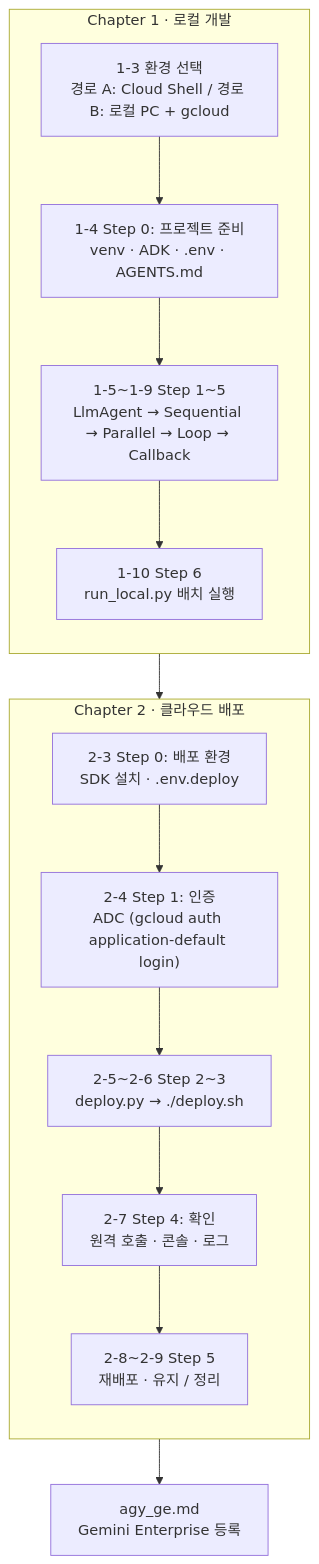
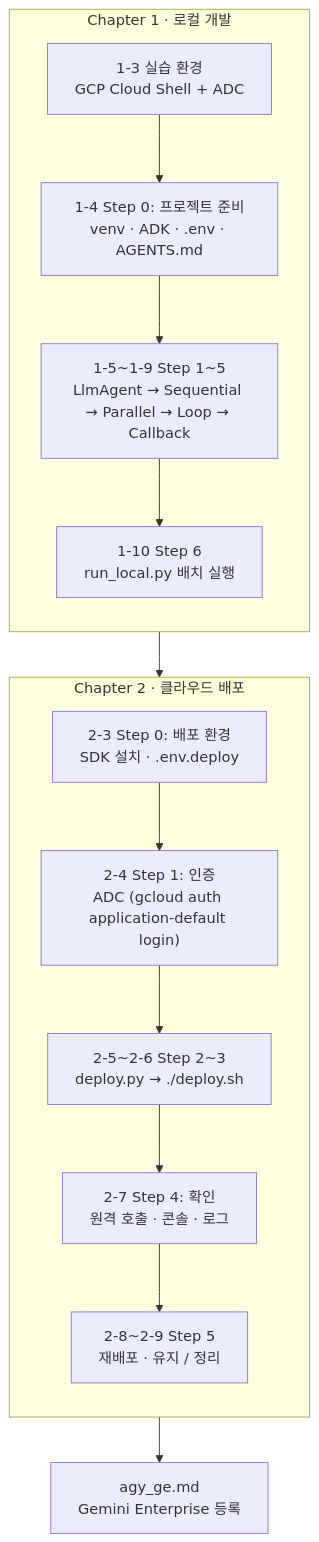
The ninth of 9 diagrams in agy_lab/agy_advance/build_agent.md (shins777/antigravity_lab), drawn with Mermaid before and after one commit. The commit also changed other lines of this file and 3 other files, not shown here.

Commit message:
docs(lab): standardize hands-on guides for Cloud Shell environment

````diff
--- a/agy_lab/agy_advance/build_agent.md
+++ b/agy_lab/agy_advance/build_agent.md
@@ -3432,24 +2770,24 @@
 ```mermaid
 flowchart TD
     subgraph CH1["Chapter 1 · 로컬 개발"]
       direction TB
-      E1["1-3 환경 선택<br/>경로 A: Cloud Shell / 경로 B: 로컬 PC + gcloud"]
+      E1["1-3 실습 환경<br/>GCP Cloud Shell + ADC"]
       E2["1-4 Step 0: 프로젝트 준비<br/>venv · ADK · .env · AGENTS.md"]
       E3["1-5~1-9 Step 1~5<br/>LlmAgent → Sequential → Parallel → Loop → Callback"]
       E4["1-10 Step 6<br/>run_local.py 배치 실행"]
       E1 --> E2 --> E3 --> E4
     end
 
     subgraph CH2["Chapter 2 · 클라우드 배포"]
       direction TB
       D1["2-3 Step 0: 배포 환경<br/>SDK 설치 · .env.deploy"]
       D2["2-4 Step 1: 인증<br/>ADC (gcloud auth application-default login)"]
       D3["2-5~2-6 Step 2~3<br/>deploy.py → ./deploy.sh"]
       D4["2-7 Step 4: 확인<br/>원격 호출 · 콘솔 · 로그"]
       D5["2-8~2-9 Step 5<br/>재배포 · 유지 / 정리"]
       D1 --> D2 --> D3 --> D4 --> D5
     end
 
     E4 --> D1
     D5 --> GE["agy_ge.md<br/>Gemini Enterprise 등록"]
 ```
````
